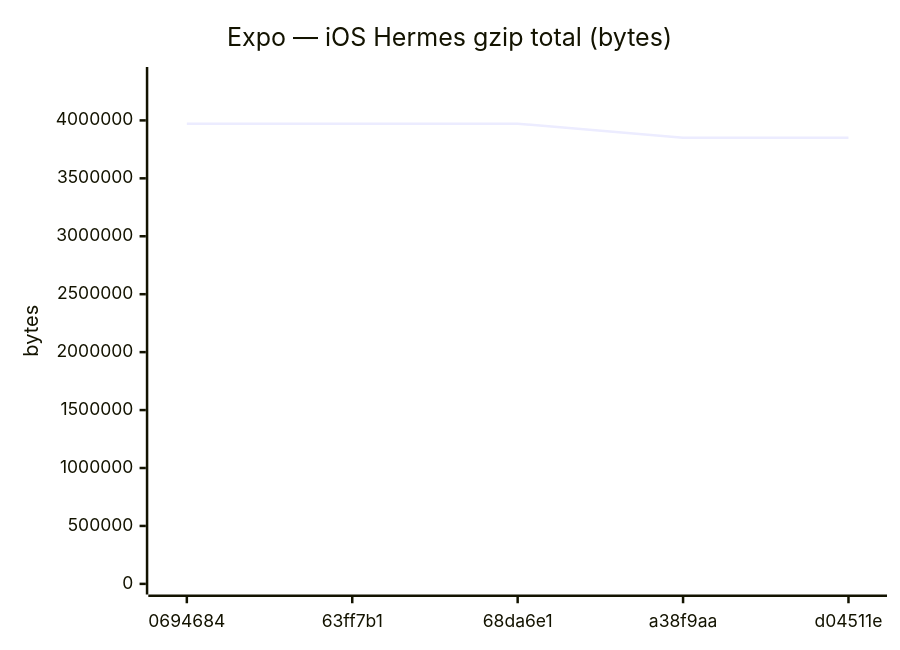
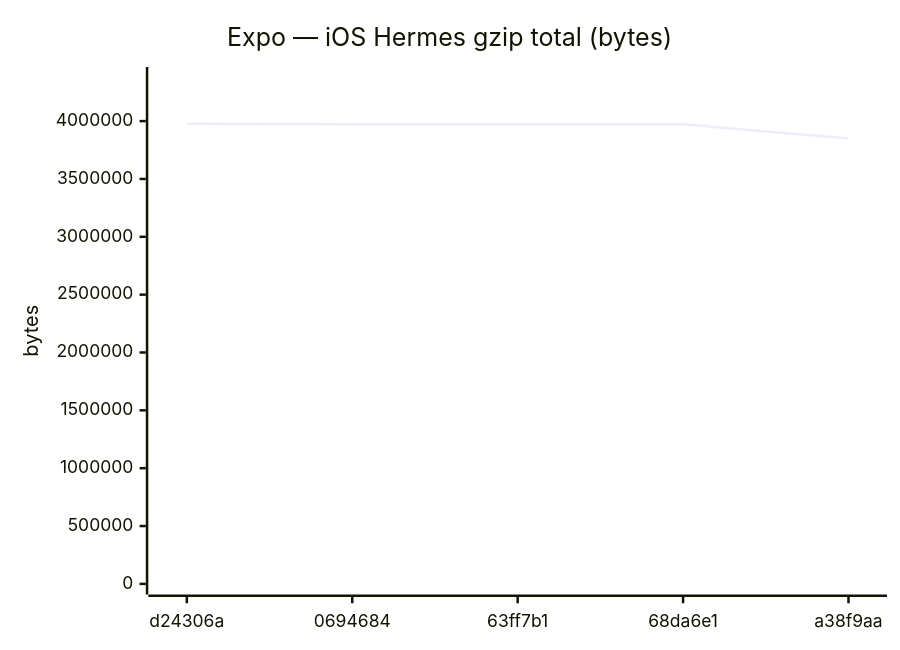
Diagram 12 of 18 in benchmarks/compare.md (Metaheurist/Rianell), drawn with Mermaid before and after one commit. The commit also changed other lines of this file and 11 other files, not shown here.

````diff
--- a/benchmarks/compare.md
+++ b/benchmarks/compare.md
@@ -179,7 +179,7 @@
 ```mermaid
 xychart-beta
     title "Expo — iOS Hermes gzip total (bytes)"
-    x-axis ["0694684", "63ff7b1", "68da6e1", "a38f9aa", "d04511e"]
-    y-axis "bytes" 0 --> 4369141
-    line [3971946, 3971945, 3971946, 3849365, 3849367]
+    x-axis ["d24306a", "0694684", "63ff7b1", "68da6e1", "a38f9aa"]
+    y-axis "bytes" 0 --> 4375840
+    line [3978036, 3971946, 3971945, 3971946, 3849365]
 ```
````
